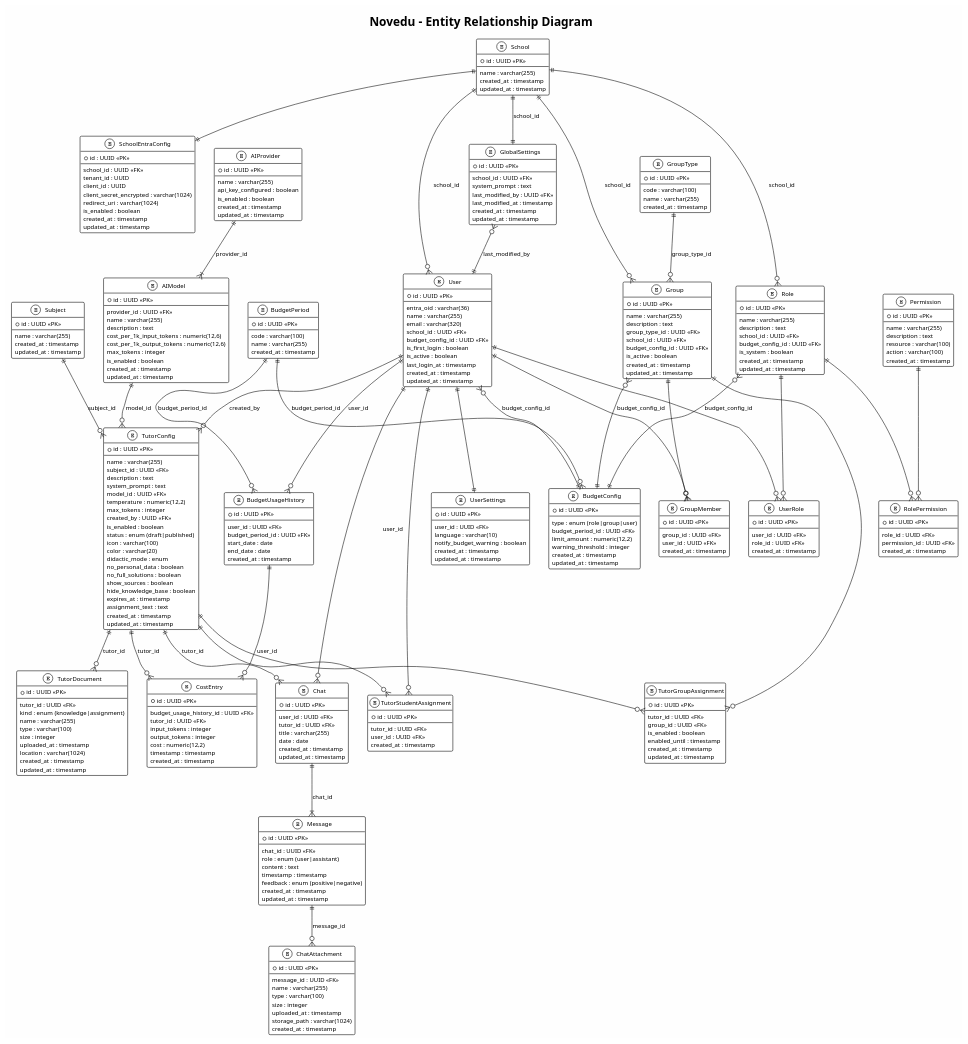
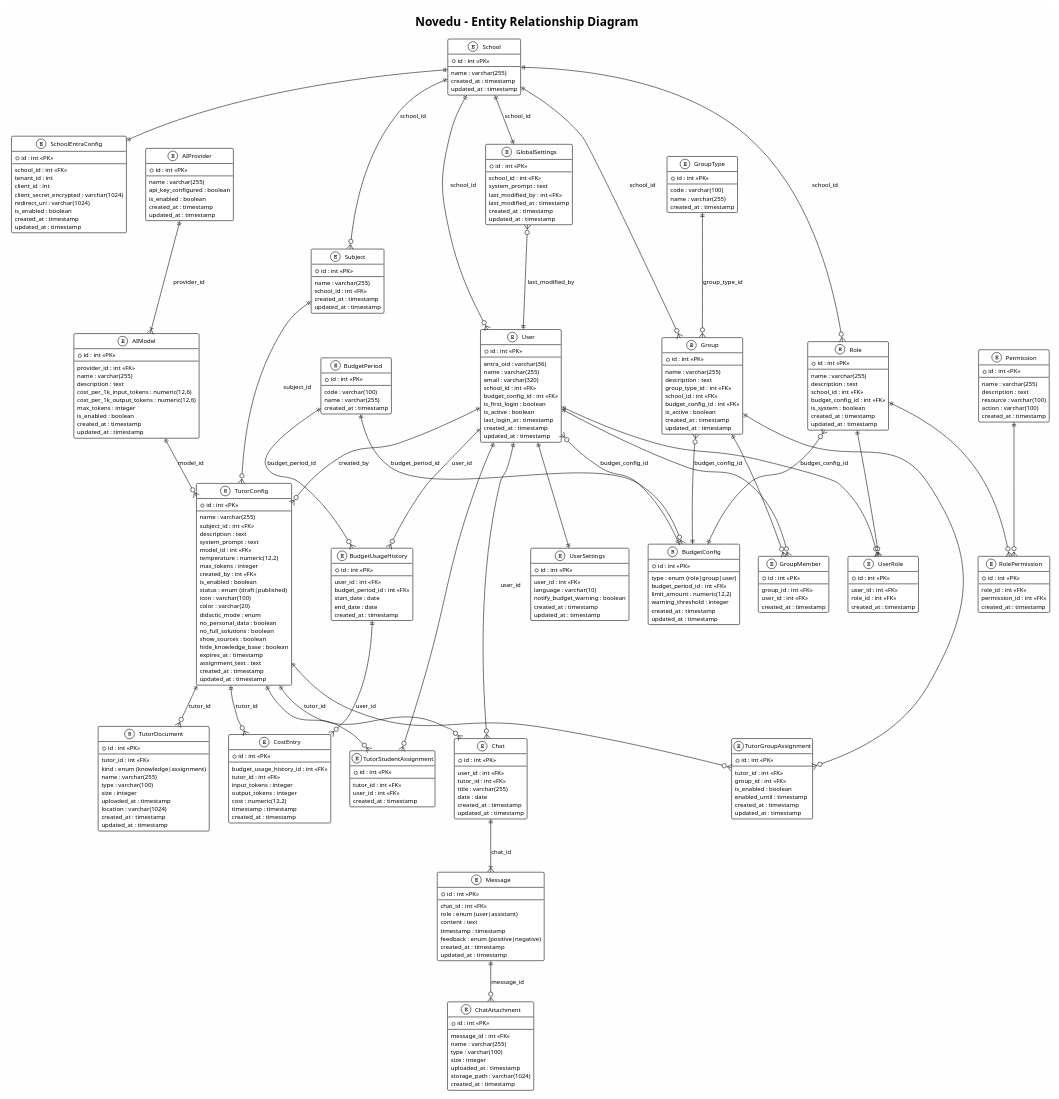
The diagram in docs/analysis/erd.puml (melanie-bauer/Novedu), drawn with PlantUML before and after one commit.

Commit message:
docs: update ERD to use int primary and foreign keys instead of UUIDs and add school_id to Subject #28

```diff
--- a/docs/analysis/erd.puml
+++ b/docs/analysis/erd.puml
@@ -9,7 +9,7 @@
 ' ========== Schule & Entra ID ==========
 
 entity "School" as School {
-  * id : UUID <<PK>>
+  * id : int <<PK>>
   --
   name : varchar(255)
   created_at : timestamp
@@ -17,11 +17,11 @@
 }
 
 entity "SchoolEntraConfig" as SchoolEntraConfig {
-  * id : UUID <<PK>>
+  * id : int <<PK>>
   --
-  school_id : UUID <<FK>>
-  tenant_id : UUID
-  client_id : UUID
+  school_id : int <<FK>>
+  tenant_id : int
+  client_id : int
   client_secret_encrypted : varchar(1024)
   redirect_uri : varchar(1024)
   is_enabled : boolean
@@ -32,13 +32,13 @@
 ' ========== Nutzer ==========
 
 entity "User" as User {
-  * id : UUID <<PK>>
+  * id : int <<PK>>
   --
   entra_oid : varchar(36)
   name : varchar(255)
   email : varchar(320)
-  school_id : UUID <<FK>>
-  budget_config_id : UUID <<FK>>
+  school_id : int <<FK>>
+  budget_config_id : int <<FK>>
   is_first_login : boolean
   is_active : boolean
   last_login_at : timestamp
@@ -47,9 +47,9 @@
 }
 
 entity "UserSettings" as UserSettings {
-  * id : UUID <<PK>>
+  * id : int <<PK>>
   --
-  user_id : UUID <<FK>>
+  user_id : int <<FK>>
   language : varchar(10)
   notify_budget_warning : boolean
   created_at : timestamp
@@ -57,7 +57,7 @@
 }
 
 entity "BudgetPeriod" as BudgetPeriod {
-  * id : UUID <<PK>>
+  * id : int <<PK>>
   --
   code : varchar(100)
   name : varchar(255)
@@ -65,10 +65,10 @@
 }
 
 entity "BudgetUsageHistory" as BudgetUsageHistory {
-  * id : UUID <<PK>>
+  * id : int <<PK>>
   --
-  user_id : UUID <<FK>>
-  budget_period_id : UUID <<FK>>
+  user_id : int <<FK>>
+  budget_period_id : int <<FK>>
   start_date : date
   end_date : date
   created_at : timestamp
@@ -78,7 +78,7 @@
 ' Frontend: immer "Klasse" / Class; DB: Group + GroupType (Klasse, Freifachgruppe, …)
 
 entity "GroupType" as GroupType {
-  * id : UUID <<PK>>
+  * id : int <<PK>>
   --
   code : varchar(100)
   name : varchar(255)
@@ -86,42 +86,42 @@
 }
 
 entity "Group" as Group {
-  * id : UUID <<PK>>
+  * id : int <<PK>>
   --
   name : varchar(255)
   description : text
-  group_type_id : UUID <<FK>>
-  school_id : UUID <<FK>>
-  budget_config_id : UUID <<FK>>
+  group_type_id : int <<FK>>
+  school_id : int <<FK>>
+  budget_config_id : int <<FK>>
   is_active : boolean
   created_at : timestamp
   updated_at : timestamp
 }
 
 entity "GroupMember" as GroupMember {
-  * id : UUID <<PK>>
+  * id : int <<PK>>
   --
-  group_id : UUID <<FK>>
-  user_id : UUID <<FK>>
+  group_id : int <<FK>>
+  user_id : int <<FK>>
   created_at : timestamp
 }
 
 ' ========== Rollen & Rechte ==========
 
 entity "Role" as Role {
-  * id : UUID <<PK>>
+  * id : int <<PK>>
   --
   name : varchar(255)
   description : text
-  school_id : UUID <<FK>>
-  budget_config_id : UUID <<FK>>
+  school_id : int <<FK>>
+  budget_config_id : int <<FK>>
   is_system : boolean
   created_at : timestamp
   updated_at : timestamp
 }
 
 entity "Permission" as Permission {
-  * id : UUID <<PK>>
+  * id : int <<PK>>
   --
   name : varchar(255)
   description : text
@@ -131,27 +131,28 @@
 }
 
 entity "RolePermission" as RolePermission {
-  * id : UUID <<PK>>
+  * id : int <<PK>>
   --
-  role_id : UUID <<FK>>
-  permission_id : UUID <<FK>>
+  role_id : int <<FK>>
+  permission_id : int <<FK>>
   created_at : timestamp
 }
 
 entity "UserRole" as UserRole {
-  * id : UUID <<PK>>
+  * id : int <<PK>>
   --
-  user_id : UUID <<FK>>
-  role_id : UUID <<FK>>
+  user_id : int <<FK>>
+  role_id : int <<FK>>
   created_at : timestamp
 }
 
 ' ========== Fächer ==========
 
 entity "Subject" as Subject {
-  * id : UUID <<PK>>
+  * id : int <<PK>>
   --
   name : varchar(255)
+  school_id : int <<FK>>
   created_at : timestamp
   updated_at : timestamp
 }
@@ -159,7 +160,7 @@
 ' ========== KI-Infrastruktur ==========
 
 entity "AIProvider" as AIProvider {
-  * id : UUID <<PK>>
+  * id : int <<PK>>
   --
   name : varchar(255)
   api_key_configured : boolean
@@ -169,9 +170,9 @@
 }
 
 entity "AIModel" as AIModel {
-  * id : UUID <<PK>>
+  * id : int <<PK>>
   --
-  provider_id : UUID <<FK>>
+  provider_id : int <<FK>>
   name : varchar(255)
   description : text
   cost_per_1k_input_tokens : numeric(12,6)
@@ -185,16 +186,16 @@
 ' ========== Tutoren ==========
 
 entity "TutorConfig" as TutorConfig {
-  * id : UUID <<PK>>
+  * id : int <<PK>>
   --
   name : varchar(255)
-  subject_id : UUID <<FK>>
+  subject_id : int <<FK>>
   description : text
   system_prompt : text
-  model_id : UUID <<FK>>
+  model_id : int <<FK>>
   temperature : numeric(12,2)
   max_tokens : integer
-  created_by : UUID <<FK>>
+  created_by : int <<FK>>
   is_enabled : boolean
   status : enum (draft|published)
   icon : varchar(100)
@@ -211,10 +212,10 @@
 }
 
 entity "TutorGroupAssignment" as TutorGroupAssignment {
-  * id : UUID <<PK>>
+  * id : int <<PK>>
   --
-  tutor_id : UUID <<FK>>
-  group_id : UUID <<FK>>
+  tutor_id : int <<FK>>
+  group_id : int <<FK>>
   is_enabled : boolean
   enabled_until : timestamp
   created_at : timestamp
@@ -222,17 +223,17 @@
 }
 
 entity "TutorStudentAssignment" as TutorStudentAssignment {
-  * id : UUID <<PK>>
+  * id : int <<PK>>
   --
-  tutor_id : UUID <<FK>>
-  user_id : UUID <<FK>>
+  tutor_id : int <<FK>>
+  user_id : int <<FK>>
   created_at : timestamp
 }
 
 entity "TutorDocument" as TutorDocument {
-  * id : UUID <<PK>>
+  * id : int <<PK>>
   --
-  tutor_id : UUID <<FK>>
+  tutor_id : int <<FK>>
   kind : enum (knowledge|assignment)
   name : varchar(255)
   type : varchar(100)
@@ -246,10 +247,10 @@
 ' ========== Chat ==========
 
 entity "Chat" as Chat {
-  * id : UUID <<PK>>
+  * id : int <<PK>>
   --
-  user_id : UUID <<FK>>
-  tutor_id : UUID <<FK>>
+  user_id : int <<FK>>
+  tutor_id : int <<FK>>
   title : varchar(255)
   date : date
   created_at : timestamp
@@ -257,9 +258,9 @@
 }
 
 entity "Message" as Message {
-  * id : UUID <<PK>>
+  * id : int <<PK>>
   --
-  chat_id : UUID <<FK>>
+  chat_id : int <<FK>>
   role : enum (user|assistant)
   content : text
   timestamp : timestamp
@@ -269,9 +270,9 @@
 }
 
 entity "ChatAttachment" as ChatAttachment {
-  * id : UUID <<PK>>
+  * id : int <<PK>>
   --
-  message_id : UUID <<FK>>
+  message_id : int <<FK>>
   name : varchar(255)
   type : varchar(100)
   size : integer
@@ -283,10 +284,10 @@
 ' ========== Budget & Kosten ==========
 
 entity "BudgetConfig" as BudgetConfig {
-  * id : UUID <<PK>>
+  * id : int <<PK>>
   --
   type : enum (role|group|user)
-  budget_period_id : UUID <<FK>>
+  budget_period_id : int <<FK>>
   limit_amount : numeric(12,2)
   warning_threshold : integer
   created_at : timestamp
@@ -294,10 +295,10 @@
 }
 
 entity "CostEntry" as CostEntry {
-  * id : UUID <<PK>>
+  * id : int <<PK>>
   --
-  budget_usage_history_id : UUID <<FK>>
-  tutor_id : UUID <<FK>>
+  budget_usage_history_id : int <<FK>>
+  tutor_id : int <<FK>>
   input_tokens : integer
   output_tokens : integer
   cost : numeric(12,2)
@@ -308,11 +309,11 @@
 ' ========== Global ==========
 
 entity "GlobalSettings" as GlobalSettings {
-  * id : UUID <<PK>>
+  * id : int <<PK>>
   --
-  school_id : UUID <<FK>>
+  school_id : int <<FK>>
   system_prompt : text
-  last_modified_by : UUID <<FK>>
+  last_modified_by : int <<FK>>
   last_modified_at : timestamp
   created_at : timestamp
   updated_at : timestamp
@@ -326,6 +327,7 @@
 School ||--o{ User : "school_id"
 School ||--o{ Group : "school_id"
 School ||--o{ Role : "school_id"
+School ||--o{ Subject : "school_id"
 
 ' Nutzer & Budget-Historie
 User ||--|| UserSettings : ""
```
